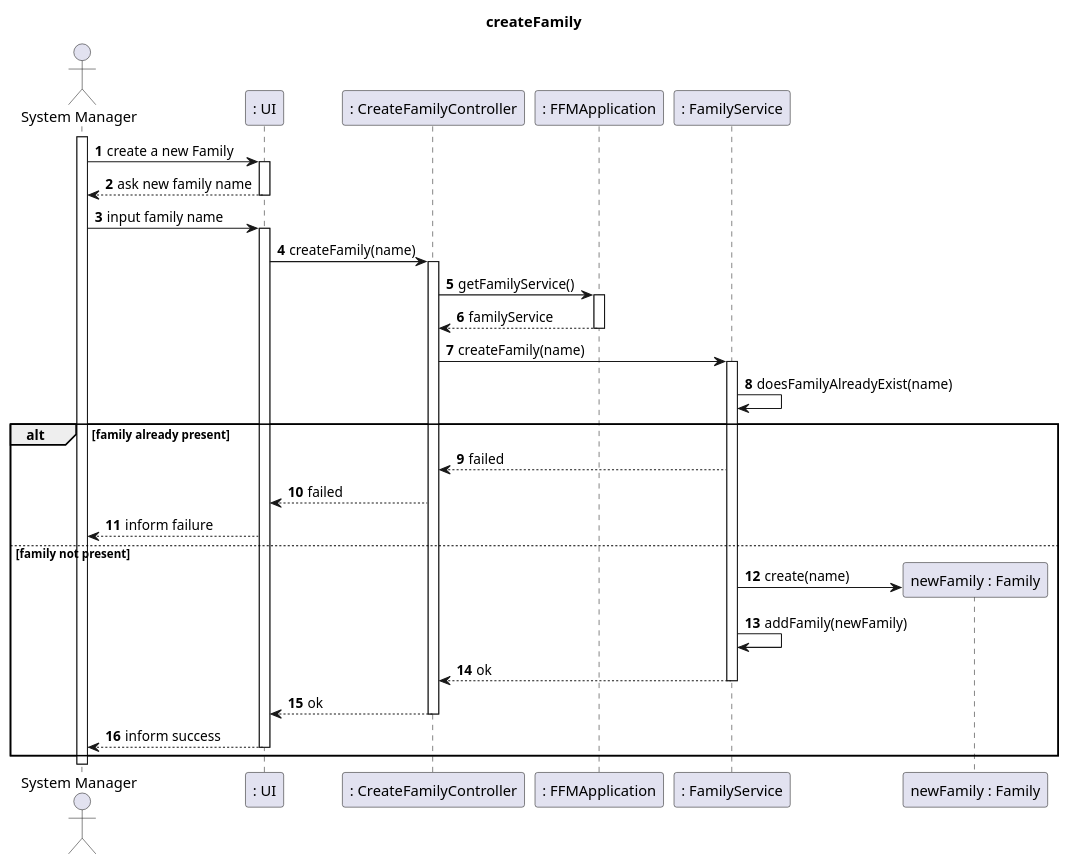
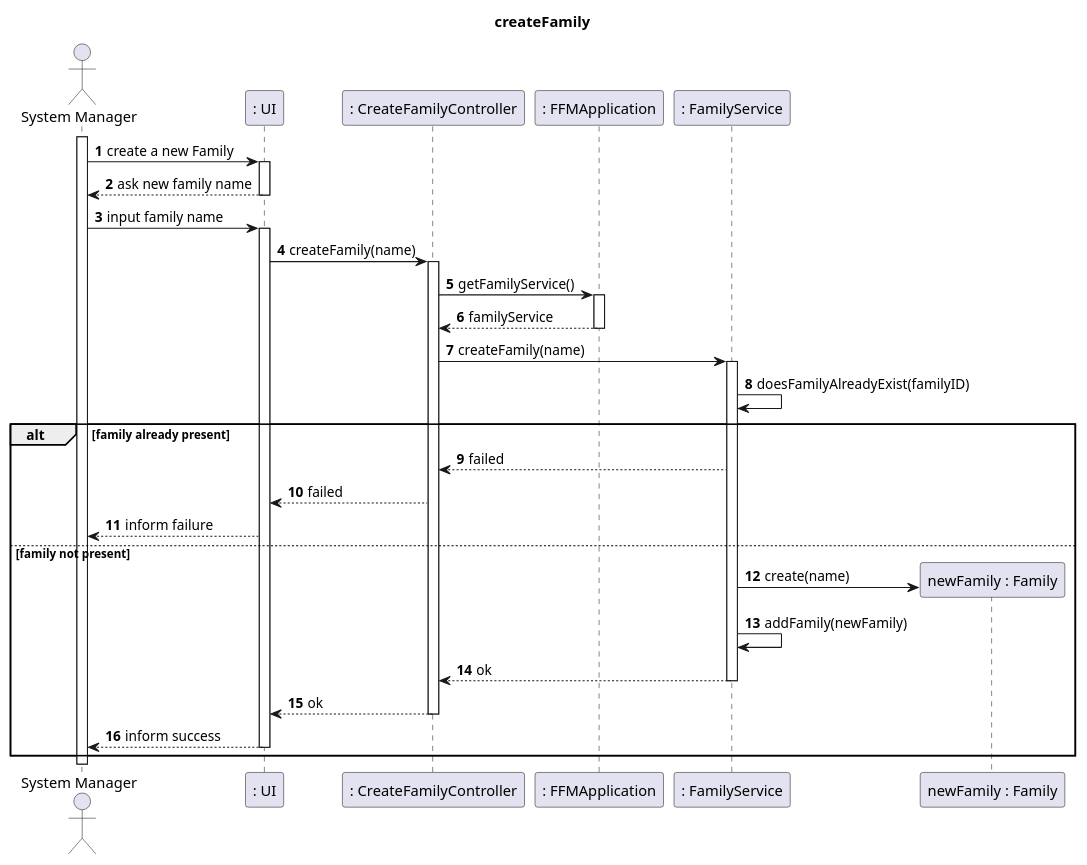
The first of 2 diagrams in docs/sprint1/user_stories/US010_AddFamily.md (tomas-osswald/switch_2020_g3), drawn with PlantUML before and after one commit.

Commit message:
minor corrections to US010_AddFamily.md

`````diff
--- a/docs/sprint1/user_stories/US010_AddFamily.md
+++ b/docs/sprint1/user_stories/US010_AddFamily.md
@@ -34,46 +34,46 @@
 ````puml
 @startuml
 autonumber
 title createFamily
 actor "System Manager" as systemManager
 participant ": UI" as UI
 participant ": CreateFamilyController" as controller
 participant ": FFMApplication" as application
 participant ": FamilyService" as famServ
 participant "newFamily : Family" as family
 
 activate systemManager
 systemManager -> UI: create a new Family
 activate UI
 UI --> systemManager: ask new family name
 deactivate UI
 systemManager -> UI: input family name
 activate UI
 UI -> controller: createFamily(name)
 activate controller
 controller -> application: getFamilyService()
 activate application
 application --> controller: familyService
 deactivate application
 controller -> famServ: createFamily(name)
 activate famServ
-famServ -> famServ: doesFamilyAlreadyExist(name)
+famServ -> famServ: doesFamilyAlreadyExist(familyID)
 
 alt family already present
 famServ --> controller: failed
 controller --> UI: failed
 UI --> systemManager: inform failure
 
 else family not present
 famServ -> family**: create(name)
 famServ -> famServ: addFamily(newFamily)
 famServ --> controller: ok
 deactivate famServ
 controller --> UI: ok
 deactivate controller
 UI --> systemManager: inform success
 deactivate UI
 
 end
 @enduml
 ````
`````
